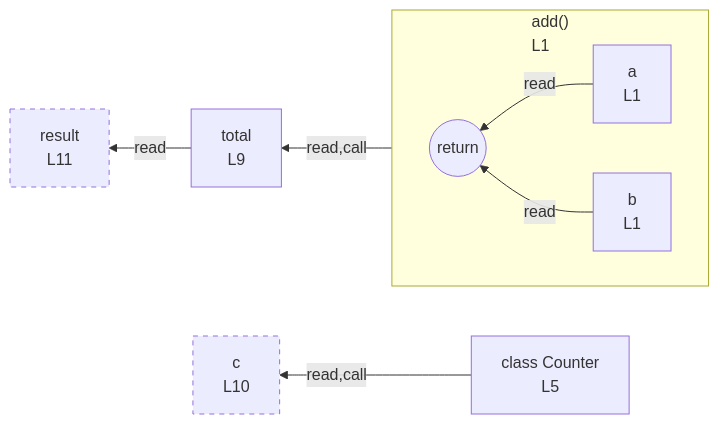
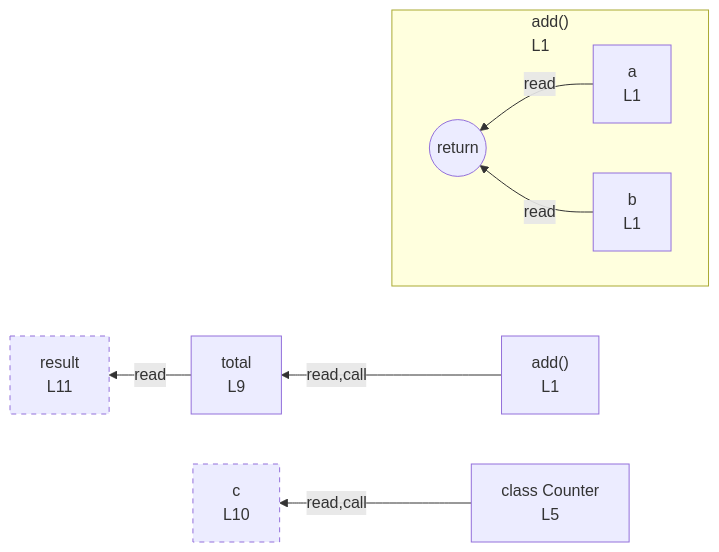
One commit to crescware/unsnarl changed the diagram in integration/fixtures/function-and-class/preview.md. Above: the diagram before and after it, drawn with Mermaid. The commit also changed 28 other files, not shown here.

First line of the commit message:
feat(visual-graph): always emit a node for the function's name

````diff
--- a/integration/fixtures/function-and-class/preview.md
+++ b/integration/fixtures/function-and-class/preview.md
@@ -21,21 +21,22 @@
 ```mermaid
 flowchart RL
+  n_scope_0_add_9["add()<br/>L1"]
   n_scope_0_Counter_62["class Counter<br/>L5"]
   n_scope_0_total_94["total<br/>L9"]
   n_scope_0_c_119["c<br/>L10"]
   n_scope_0_result_144["result<br/>L11"]
-  subgraph n_scope_0_add_9["add()<br/>L1"]
+  subgraph s_scope_1["add()<br/>L1"]
     direction RL
     return_scope_0_add_9((return))
     n_scope_1_a_13["a<br/>L1"]
     n_scope_1_b_24["b<br/>L1"]
   end
   n_scope_1_a_13 -->|read| return_scope_0_add_9
   n_scope_1_b_24 -->|read| return_scope_0_add_9
   n_scope_0_add_9 -->|read,call| n_scope_0_total_94
   n_scope_0_Counter_62 -->|read,call| n_scope_0_c_119
   n_scope_0_total_94 -->|read| n_scope_0_result_144
   classDef unused stroke-dasharray: 5 5;
   class n_scope_0_c_119 unused;
   class n_scope_0_result_144 unused;
 ```
````
